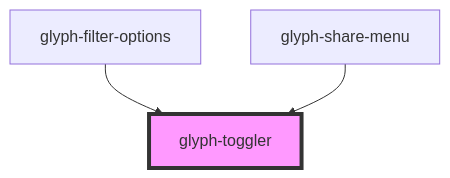
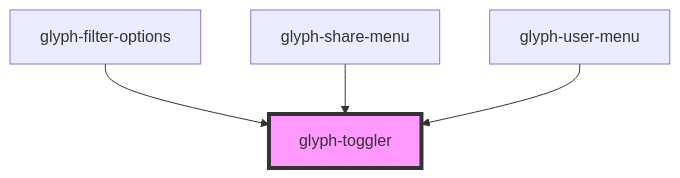
The diagram in packages/glyph-components/src/components/toggler/readme.md (adrianiy/synth-ui), drawn with Mermaid before and after one commit. The commit also changed other lines of this file and 16 other files, not shown here.

Commit message:
feat(components): add application configuration in user menu

````diff
--- a/packages/glyph-components/src/components/toggler/readme.md
+++ b/packages/glyph-components/src/components/toggler/readme.md
@@ -24,6 +25,7 @@
 ```mermaid
 graph TD;
   glyph-filter-options --> glyph-toggler
   glyph-share-menu --> glyph-toggler
+  glyph-user-menu --> glyph-toggler
   style glyph-toggler fill:#f9f,stroke:#333,stroke-width:4px
 ```
````
